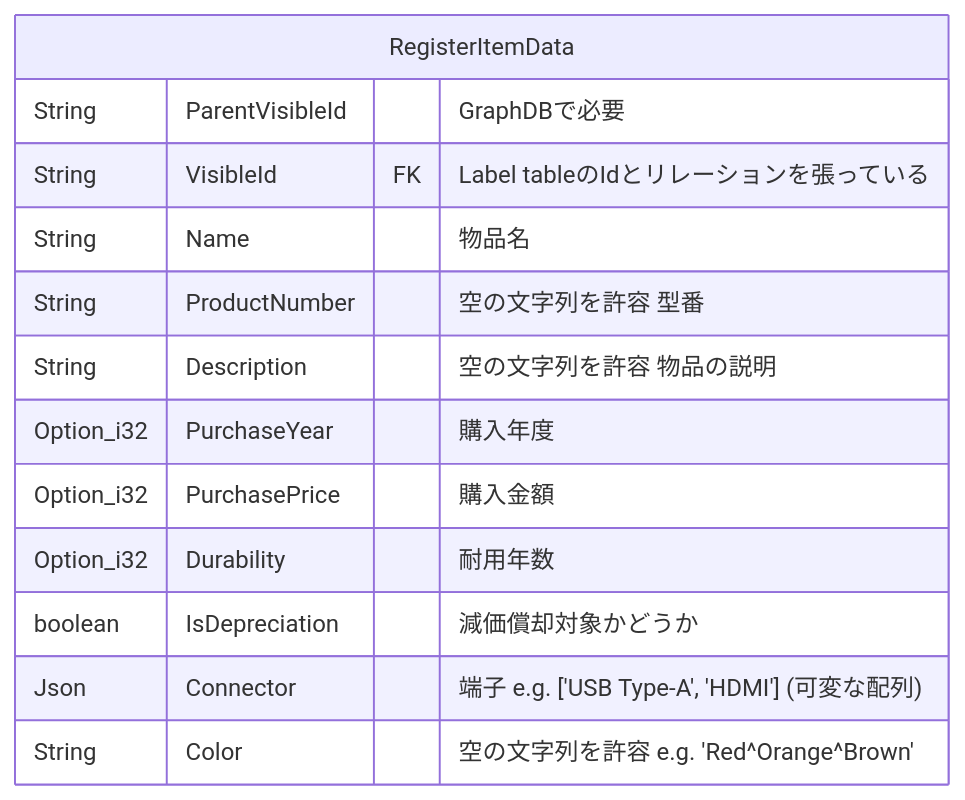
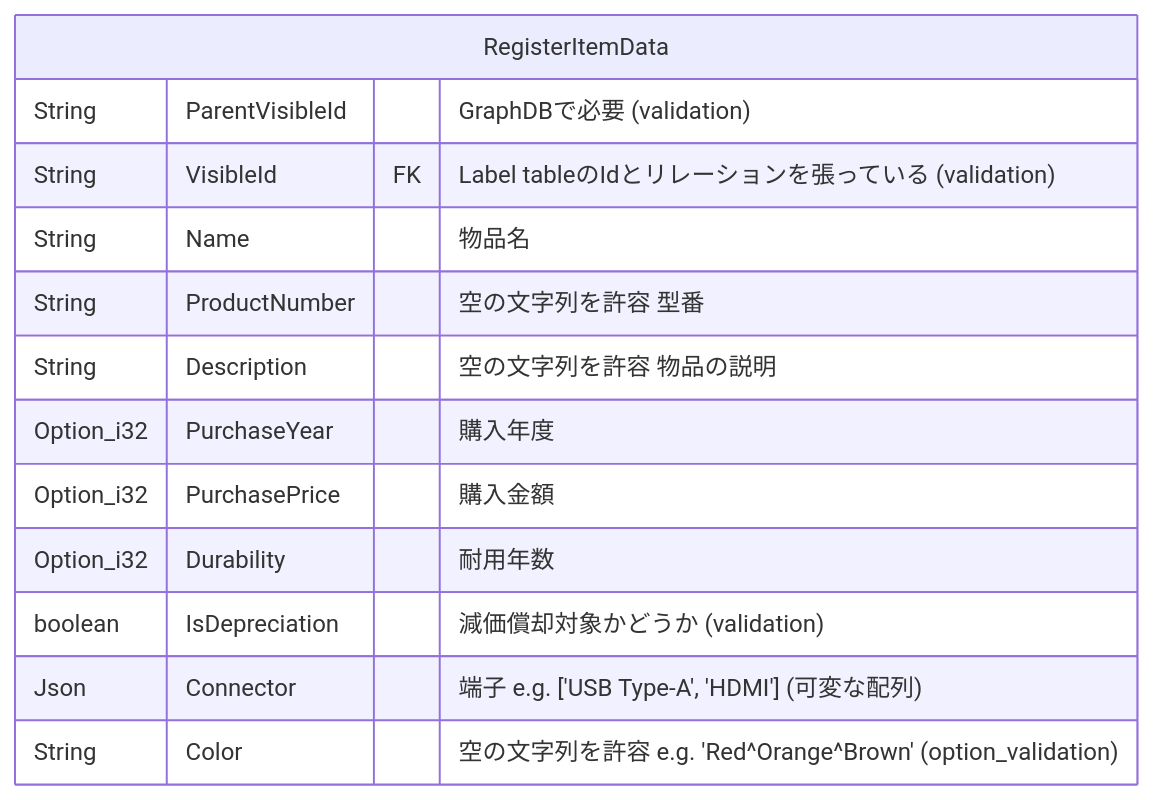
The sixth of 12 diagrams in documents/endpoint.md (sohosai/dashi), drawn with Mermaid before and after one commit. The commit also changed other lines of this file, not shown here.

````diff
--- a/documents/endpoint.md
+++ b/documents/endpoint.md
@@ -298,16 +318,16 @@
 ```mermaid
 erDiagram
     RegisterItemData {
-        String ParentVisibleId "GraphDBで必要"
-        String VisibleId FK "Label tableのIdとリレーションを張っている"
+        String ParentVisibleId "GraphDBで必要 (validation)"
+        String VisibleId FK "Label tableのIdとリレーションを張っている (validation)"
         String Name "物品名"
         String ProductNumber "空の文字列を許容 型番"
         String Description "空の文字列を許容 物品の説明"
         Option_i32 PurchaseYear "購入年度"
         Option_i32 PurchasePrice "購入金額"
         Option_i32 Durability "耐用年数"
-        boolean IsDepreciation "減価償却対象かどうか"
+        boolean IsDepreciation "減価償却対象かどうか (validation)"
         Json Connector "端子 e.g. ['USB Type-A', 'HDMI'] (可変な配列)"
-        String Color "空の文字列を許容 e.g. 'Red^Orange^Brown'"
+        String Color "空の文字列を許容 e.g. 'Red^Orange^Brown' (option_validation)"
     }
 ```
````
